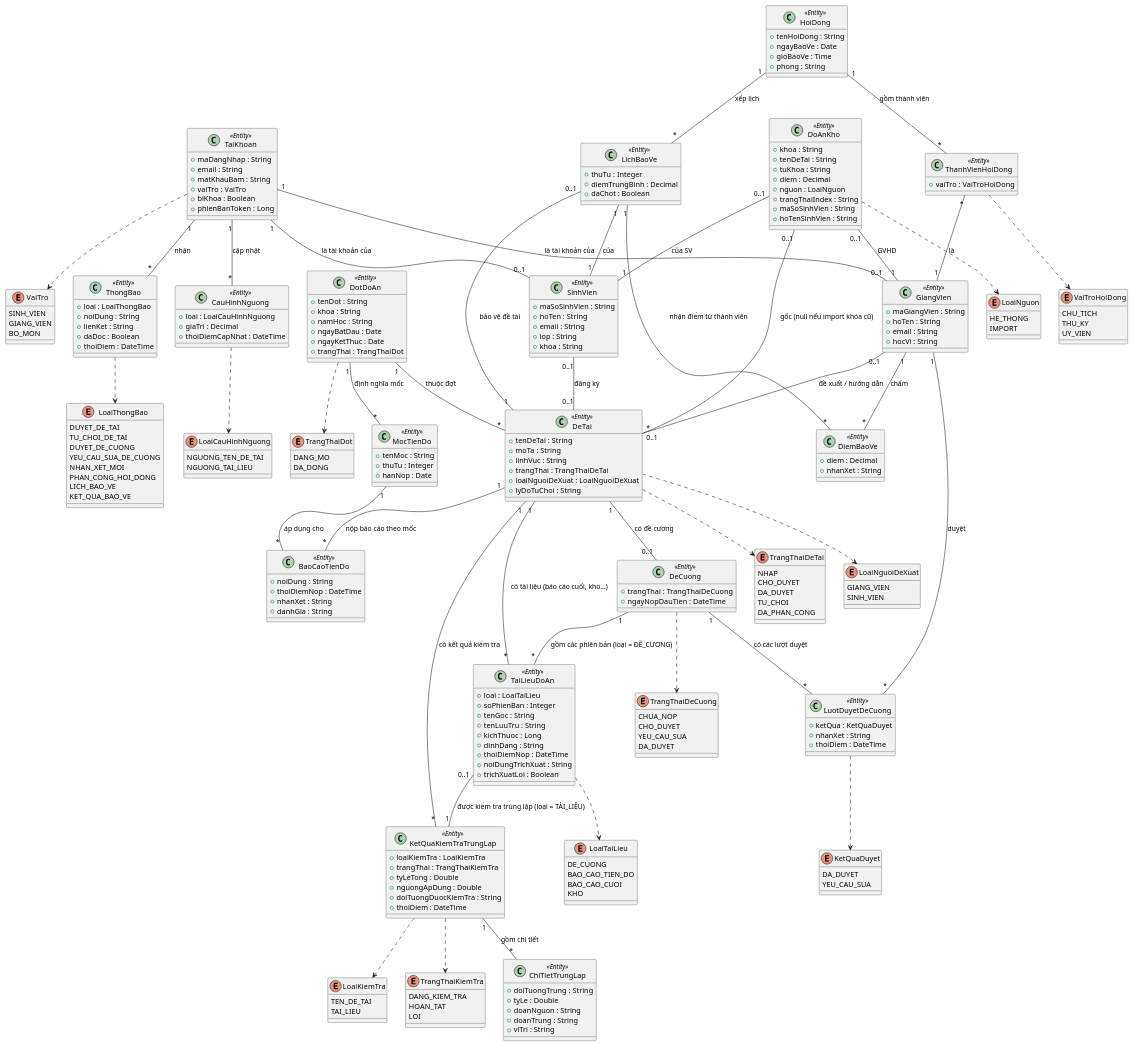
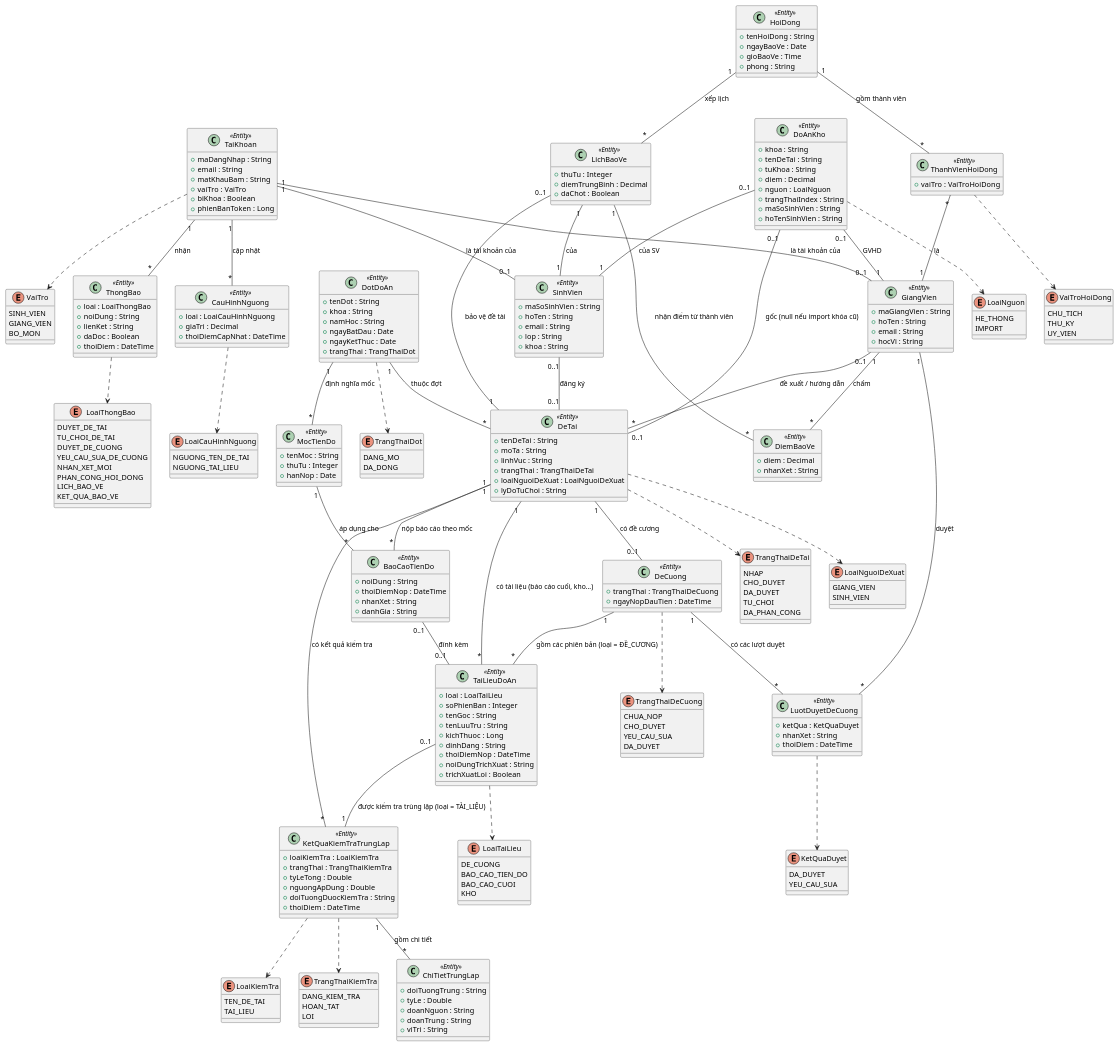
The diagram in docs/chuong-3-thiet-ke/so-do-lop/lop-thuc-the.puml (dtc235200036-alt/ICTU-DATN-NguyenThiMaiAnh), drawn with PlantUML before and after one commit. The commit also changed 12 other files, not shown here.

```diff
--- a/docs/chuong-3-thiet-ke/so-do-lop/lop-thuc-the.puml
+++ b/docs/chuong-3-thiet-ke/so-do-lop/lop-thuc-the.puml
@@ -270,6 +270,7 @@
 GiangVien "1" -- "*" LuotDuyetDeCuong : "duyệt"
 DeTai "1" -- "*" BaoCaoTienDo : "nộp báo cáo theo mốc"
 MocTienDo "1" -- "*" BaoCaoTienDo : "áp dụng cho"
+BaoCaoTienDo "0..1" -- "0..1" TaiLieuDoAn : "đính kèm"
 DeTai "1" -- "*" TaiLieuDoAn : "có tài liệu (báo cáo cuối, kho...)"
 TaiLieuDoAn "0..1" -- "1" KetQuaKiemTraTrungLap : "được kiểm tra trùng lặp (loại = TÀI_LIỆU)"
 
```
